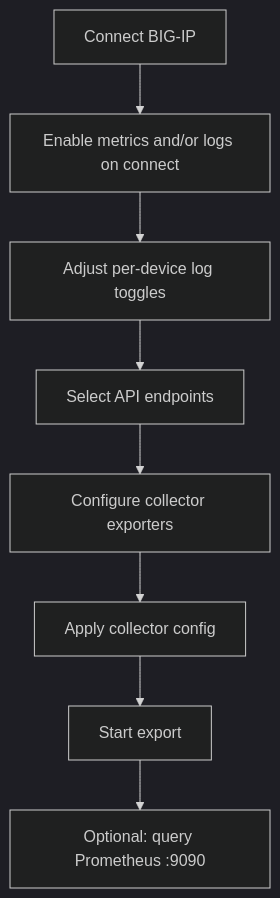
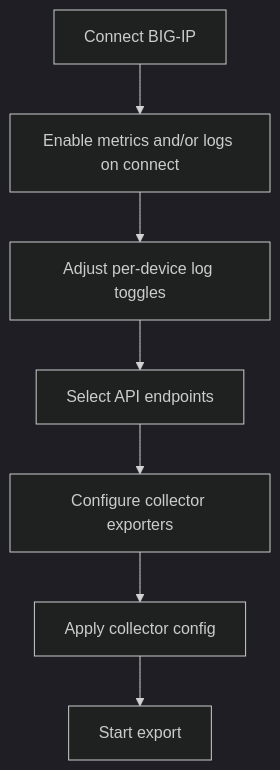
One commit to gregcoward/BIG-IP-Telemetry-Exporter changed the diagram in docs/user-guide.md. Above: the diagram before and after it, drawn with Mermaid (dark theme). The commit also changed other lines of this file and 28 other files, not shown here.

````diff
--- a/docs/user-guide.md
+++ b/docs/user-guide.md
@@ -33,10 +33,9 @@
 ```mermaid
 flowchart TD
   A[Connect BIG-IP] --> B[Enable metrics and/or logs on connect]
   B --> C[Adjust per-device log toggles]
   C --> D[Select API endpoints]
   D --> E[Configure collector exporters]
   E --> F[Apply collector config]
   F --> G[Start export]
-  G --> H[Optional: query Prometheus :9090]
 ```
````
